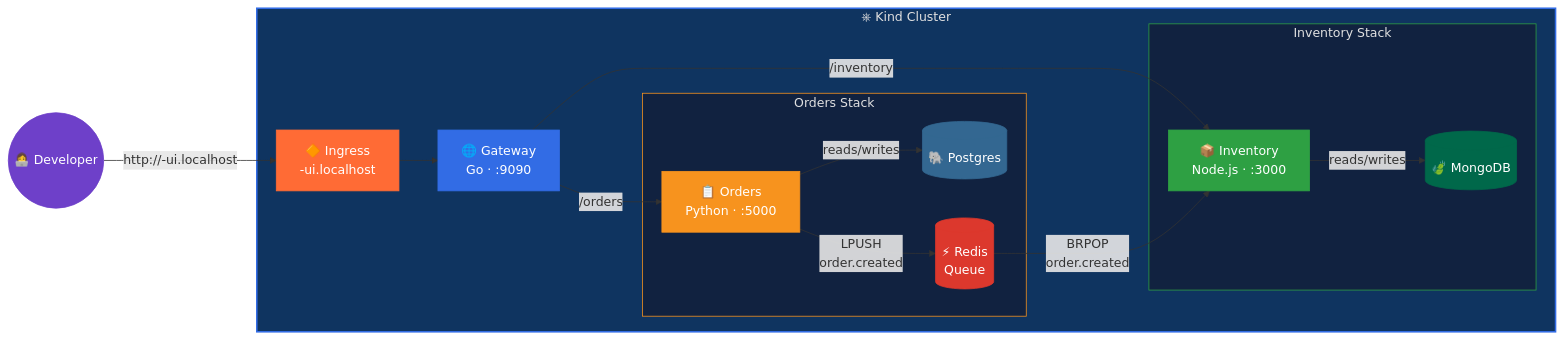
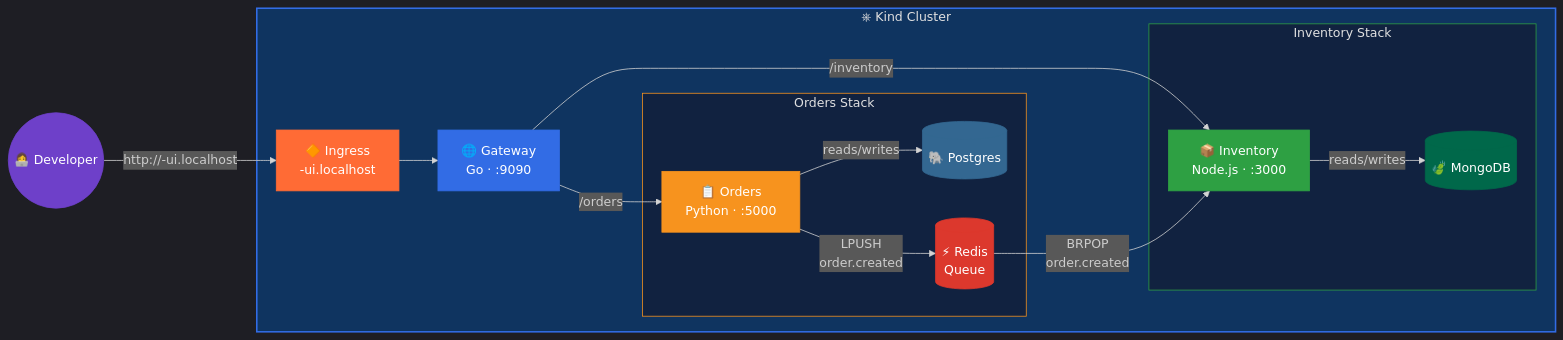
Before and after one commit to kindling-sh/kindling: the diagram in examples/microservices/README.md, drawn with Mermaid. The commit also changed 4 other files, not shown here.

Commit message:
docs: add dark theme init to all Mermaid diagrams, improve node contrast

````diff
--- a/examples/microservices/README.md
+++ b/examples/microservices/README.md
@@ -16,42 +16,43 @@
 ```mermaid
+%%{init: {'theme': 'dark'}}%%
 flowchart LR
     user(("👩‍💻 Developer"))
 
     subgraph cluster["⎈  Kind Cluster"]
         ingress["🔶 Ingress\n<user>-ui.localhost"]
         gw["🌐 Gateway\nGo · :9090"]
 
         subgraph orders-stack["Orders Stack"]
             orders["📋 Orders\nPython · :5000"]
             pg[("🐘 Postgres")]
             rd[("⚡ Redis\nQueue")]
         end
 
         subgraph inventory-stack["Inventory Stack"]
             inv["📦 Inventory\nNode.js · :3000"]
             mongo[("🍃 MongoDB")]
         end
 
         ingress --> gw
         gw -- "/orders" --> orders
         gw -- "/inventory" --> inv
         orders -- "reads/writes" --> pg
         orders -- "LPUSH\norder.created" --> rd
         rd -- "BRPOP\norder.created" --> inv
         inv -- "reads/writes" --> mongo
     end
 
     user -- "http://<user>-ui.localhost" --> ingress
 
     style cluster fill:#0f3460,stroke:#326CE5,color:#e0e0e0,stroke-width:2px
     style orders-stack fill:#112240,stroke:#F7931E,color:#e0e0e0
     style inventory-stack fill:#112240,stroke:#2ea043,color:#e0e0e0
     style ingress fill:#FF6B35,stroke:#FF6B35,color:#fff
     style gw fill:#326CE5,stroke:#326CE5,color:#fff
     style orders fill:#F7931E,stroke:#F7931E,color:#fff
     style inv fill:#2ea043,stroke:#2ea043,color:#fff
     style pg fill:#336791,stroke:#336791,color:#fff
     style rd fill:#DC382D,stroke:#DC382D,color:#fff
     style mongo fill:#00684A,stroke:#00684A,color:#fff
     style user fill:#6e40c9,stroke:#6e40c9,color:#fff
 ```
````
